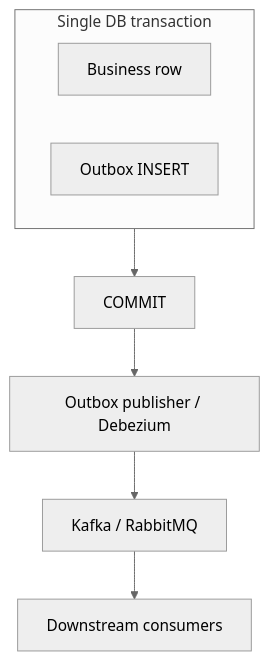
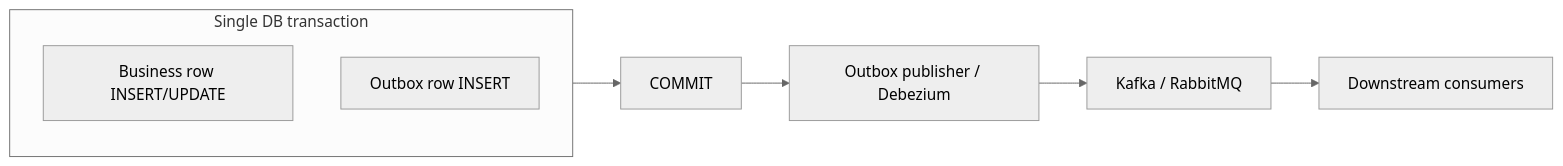
Diagram 21 of 24 in 06-messaging-and-events/README.md (hareramcse/SystemDesign), drawn with Mermaid (neutral theme) before and after one commit. The commit also changed other lines of this file and 14 other files, not shown here.

````diff
--- a/06-messaging-and-events/README.md
+++ b/06-messaging-and-events/README.md
@@ -4544,11 +2377,11 @@
 ```mermaid
-flowchart TB
-    subgraph SameTxn[Single DB transaction]
-        BR[Business row]
-        OB[Outbox INSERT]
+flowchart LR
+    subgraph Txn[Single DB transaction]
+        BR[Business row INSERT/UPDATE]
+        OB[Outbox row INSERT]
     end
-    SameTxn --> Commit[COMMIT]
+    Txn --> Commit[COMMIT]
     Commit --> Relay[Outbox publisher / Debezium]
     Relay --> Broker[Kafka / RabbitMQ]
     Broker --> Consumers[Downstream consumers]
 ```
````
